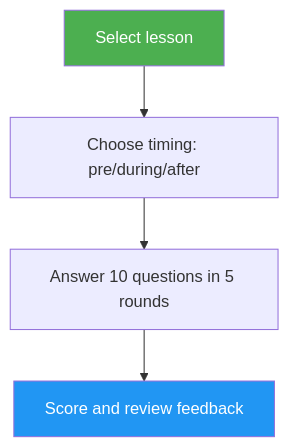
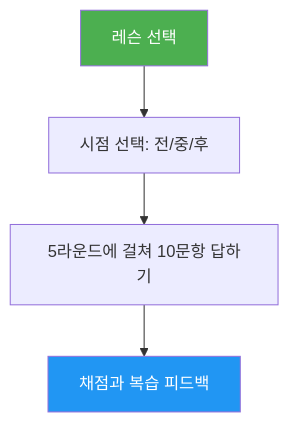
One commit to KIMDONGWHEE99/howkorean changed the diagram in .claude/skills/lesson-quiz/README.md. Above: the diagram before and after it, drawn with Mermaid. The commit also changed other lines of this file and 3 other files, not shown here.

````diff
--- a/.claude/skills/lesson-quiz/README.md
+++ b/.claude/skills/lesson-quiz/README.md
@@ -25,8 +25,8 @@
 ```mermaid
 graph TD
-    A["Select lesson"] --> B["Choose timing: pre/during/after"]
-    B --> C["Answer 10 questions in 5 rounds"]
-    C --> D["Score and review feedback"]
+    A["레슨 선택"] --> B["시점 선택: 전/중/후"]
+    B --> C["5라운드에 걸쳐 10문항 답하기"]
+    C --> D["채점과 복습 피드백"]
     style A fill:#4CAF50,color:#fff
     style D fill:#2196F3,color:#fff
 ```
````
